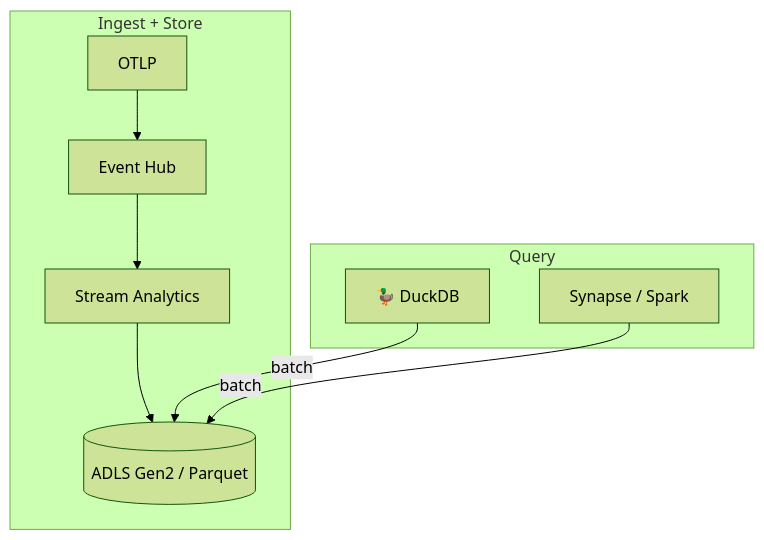
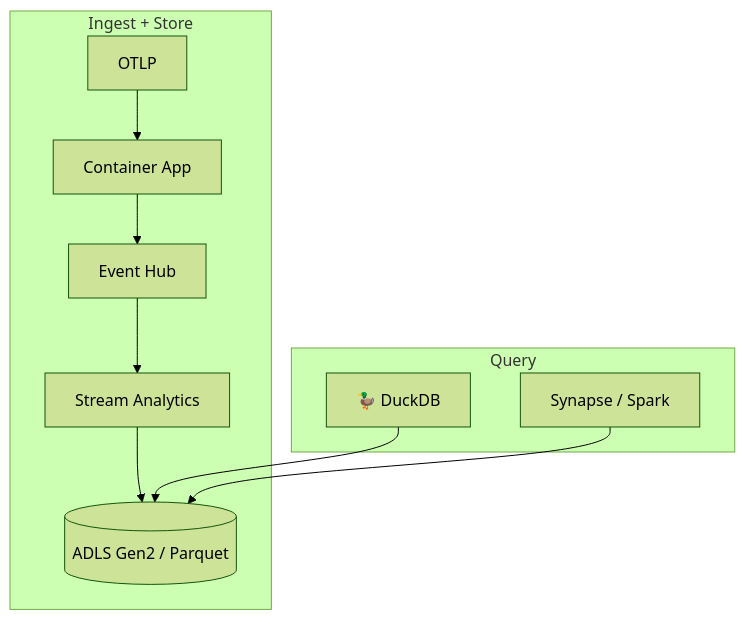
The third of 3 diagrams in README.md (smithclay/otlp2pipeline), drawn with Mermaid (forest theme) before and after one commit. The commit also changed other lines of this file and 1 other file, not shown here.

````diff
--- a/README.md
+++ b/README.md
@@ -164,13 +164,14 @@
 ```mermaid
 flowchart TB
     subgraph Ingest["Ingest + Store"]
-        OTLP[OTLP] --> EH[Event Hub]
+        OTLP[OTLP] --> CA[Container App]
+        CA --> EH[Event Hub]
         EH --> SA[Stream Analytics]
         SA --> ADLS[(ADLS Gen2 / Parquet)]
     end
 
     subgraph Query["Query"]
-        DuckDB[🦆 DuckDB] -->|batch| ADLS
-        Synapse[Synapse / Spark] -->|batch| ADLS
+        DuckDB[🦆 DuckDB] --> ADLS
+        Synapse[Synapse / Spark] --> ADLS
     end
 ```
````
